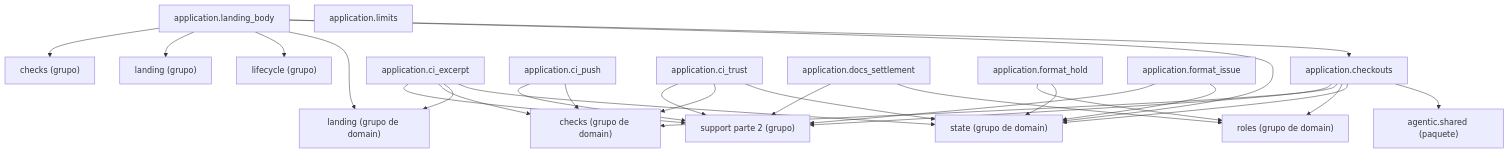
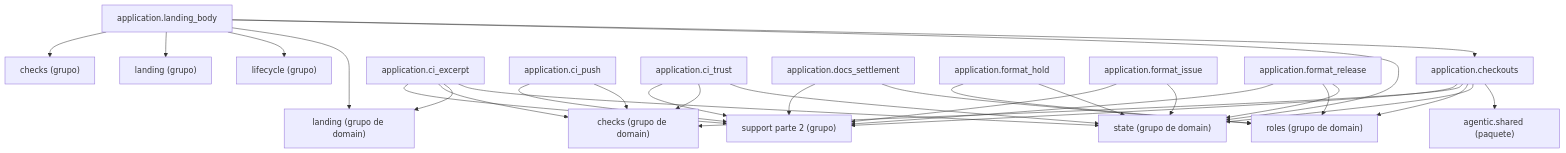
Before and after one commit to GonzaloZevallos/agentic-system: the diagram in docs/architecture/generated/packages-process-application-support-1.md, drawn with Mermaid. The commit also changed 18 other files, not shown here.

First line of the commit message:
Release a noted format hold once its refusal issue is fixed and runs in stage0

````diff
--- a/docs/architecture/generated/packages-process-application-support-1.md
+++ b/docs/architecture/generated/packages-process-application-support-1.md
@@ -17,47 +17,50 @@
 ```mermaid
 graph TD
     g_application__checks["checks (grupo)"]
     g_application__landing["landing (grupo)"]
     g_application__lifecycle["lifecycle (grupo)"]
     g_application__support__2["support parte 2 (grupo)"]
     g_domain__checks["checks (grupo de domain)"]
     g_domain__landing["landing (grupo de domain)"]
     g_domain__roles["roles (grupo de domain)"]
     g_domain__state["state (grupo de domain)"]
     g_pkg__agentic__shared["agentic.shared (paquete)"]
     m_application__checkouts["application.checkouts"]
     m_application__ci_excerpt["application.ci_excerpt"]
     m_application__ci_push["application.ci_push"]
     m_application__ci_trust["application.ci_trust"]
     m_application__docs_settlement["application.docs_settlement"]
     m_application__format_hold["application.format_hold"]
     m_application__format_issue["application.format_issue"]
+    m_application__format_release["application.format_release"]
     m_application__landing_body["application.landing_body"]
-    m_application__limits["application.limits"]
     m_application__checkouts --> g_application__support__2
     m_application__checkouts --> g_domain__checks
     m_application__checkouts --> g_domain__roles
     m_application__checkouts --> g_domain__state
     m_application__checkouts --> g_pkg__agentic__shared
     m_application__ci_excerpt --> g_application__support__2
     m_application__ci_excerpt --> g_domain__checks
     m_application__ci_excerpt --> g_domain__landing
     m_application__ci_excerpt --> g_domain__state
     m_application__ci_push --> g_application__support__2
     m_application__ci_push --> g_domain__checks
     m_application__ci_trust --> g_application__support__2
     m_application__ci_trust --> g_domain__checks
     m_application__ci_trust --> g_domain__state
     m_application__docs_settlement --> g_application__support__2
     m_application__docs_settlement --> g_domain__roles
     m_application__format_hold --> g_domain__roles
     m_application__format_hold --> g_domain__state
     m_application__format_issue --> g_application__support__2
     m_application__format_issue --> g_domain__state
+    m_application__format_release --> g_application__support__2
+    m_application__format_release --> g_domain__roles
+    m_application__format_release --> g_domain__state
     m_application__landing_body --> g_application__checks
     m_application__landing_body --> g_application__landing
     m_application__landing_body --> g_application__lifecycle
     m_application__landing_body --> g_domain__landing
     m_application__landing_body --> g_domain__state
     m_application__landing_body --> m_application__checkouts
 ```
````
